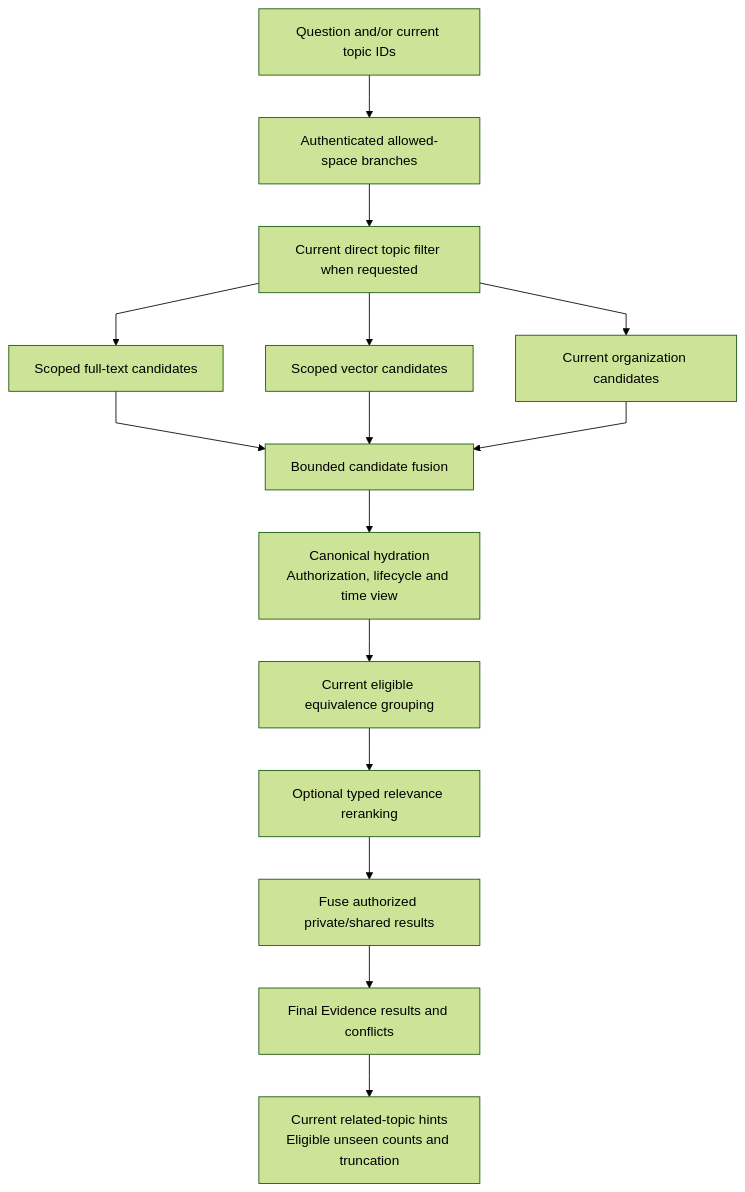
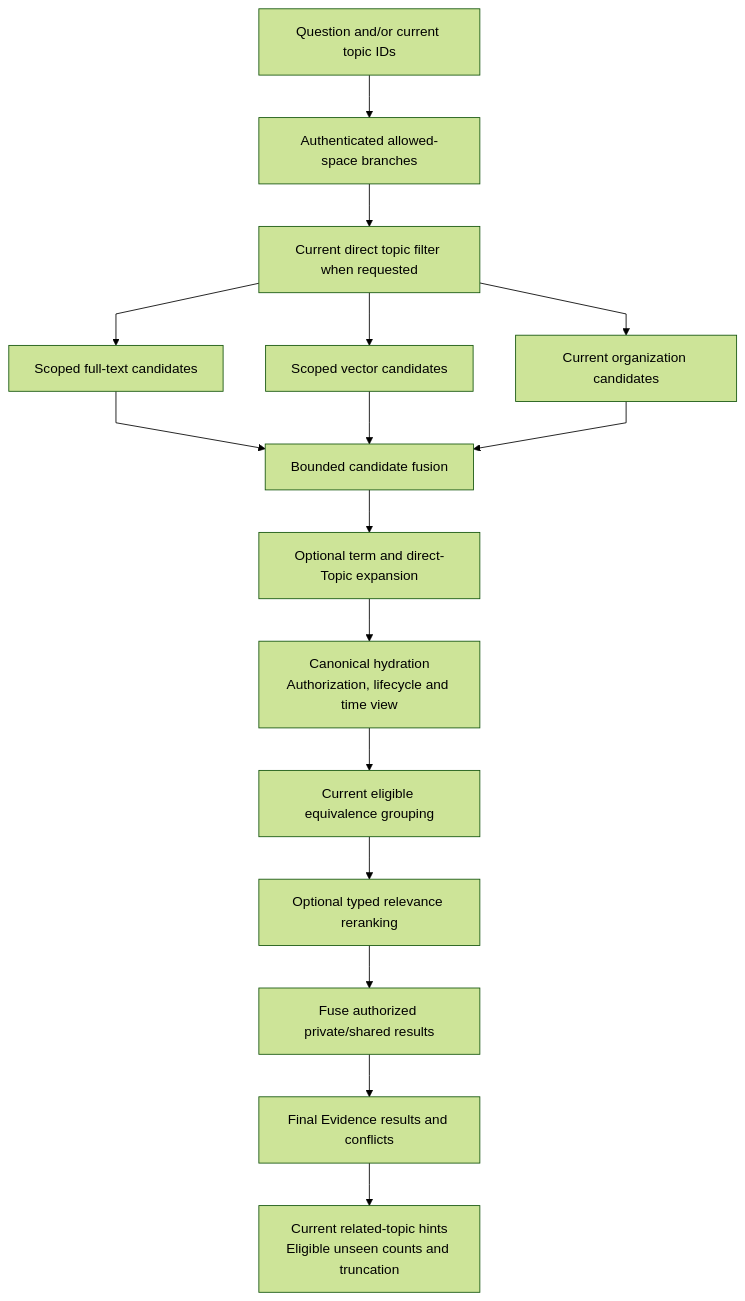
The diagram in _guides/Recall-Ranking.md (markhuangai/dense-mem), drawn with Mermaid (forest theme) before and after one commit. The commit also changed other lines of this file and 29 other files, not shown here.

Commit message:
Document Topic assignment, Community placement, and Recall expansion

````diff
--- a/_guides/Recall-Ranking.md
+++ b/_guides/Recall-Ranking.md
@@ -14,18 +16,19 @@
 ```mermaid
 %%{init: {"flowchart": {"curve": "linear"}}}%%
 flowchart TB
   Request["Question and/or current topic IDs"] --> Scope["Authenticated allowed-space branches"]
   Scope --> Filter["Current direct topic filter when requested"]
   Filter --> Text["Scoped full-text candidates"]
   Filter --> Vector["Scoped vector candidates"]
   Filter --> Topic["Current organization candidates"]
   Text --> Fuse["Bounded candidate fusion"]
   Vector --> Fuse
   Topic --> Fuse
-  Fuse --> Hydrate["Canonical hydration<br/>Authorization, lifecycle and time view"]
+  Fuse --> Expand["Optional term and direct-Topic expansion"]
+  Expand --> Hydrate["Canonical hydration<br/>Authorization, lifecycle and time view"]
   Hydrate --> Group["Current eligible equivalence grouping"]
   Group --> Decisions["Optional typed relevance reranking"]
   Decisions --> Space["Fuse authorized private/shared results"]
   Space --> Result["Final Evidence results and conflicts"]
   Result --> Hints["Current related-topic hints<br/>Eligible unseen counts and truncation"]
 ```
````
